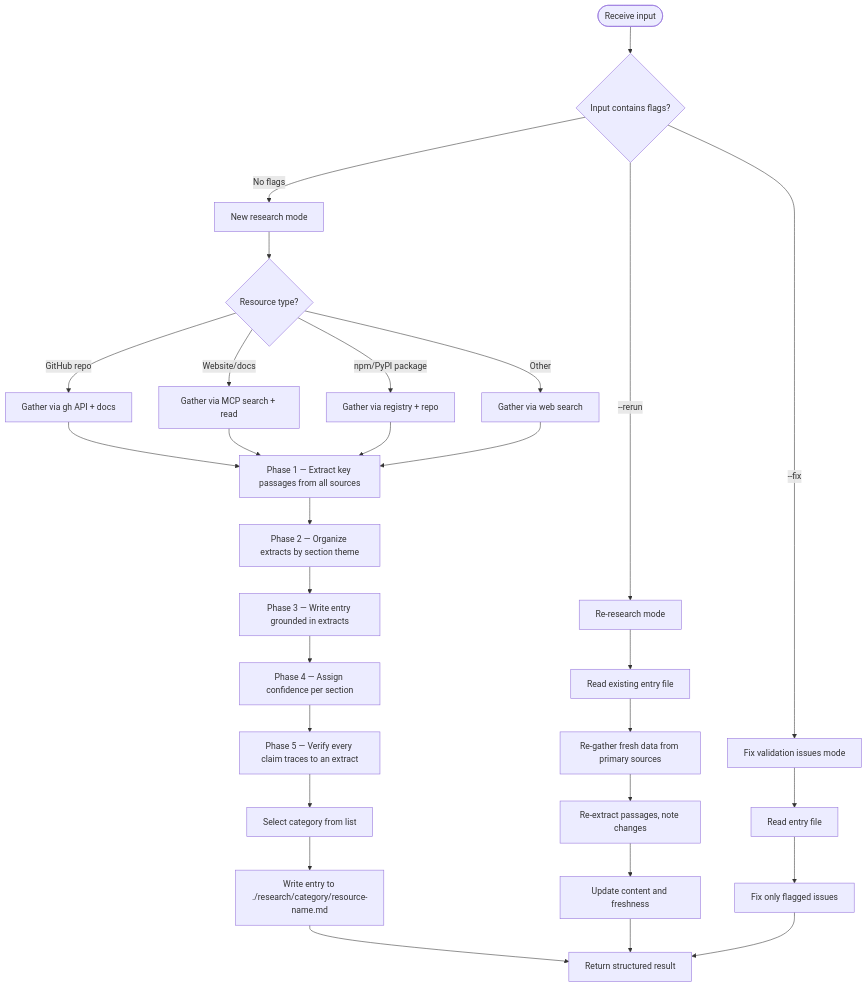
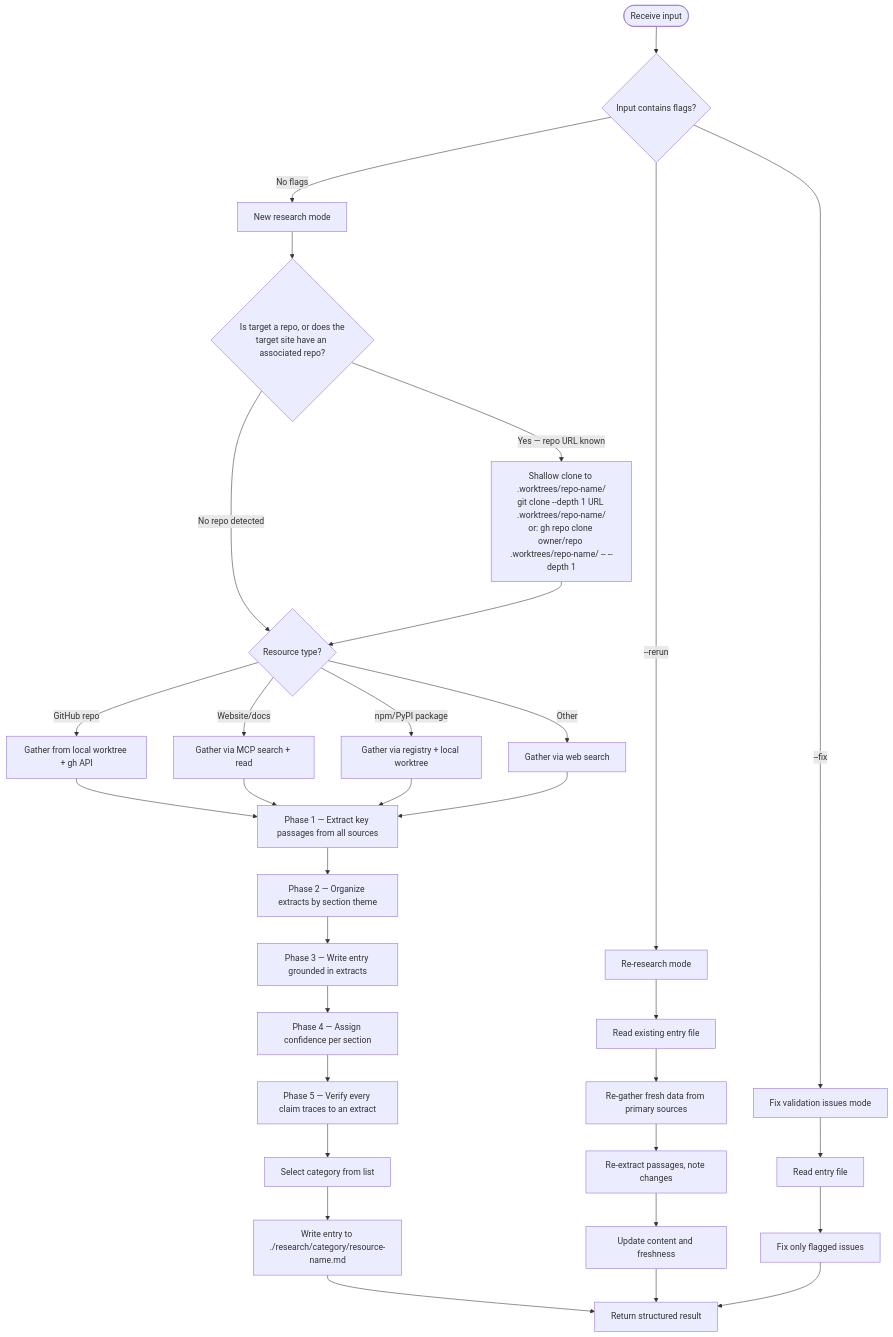
The first of 2 diagrams in .claude/agents/research-curator.md (chgreer1070/claude_skills), drawn with Mermaid before and after one commit. The commit also changed other lines of this file, not shown here.

First line of the commit message:
feat(research-curator): shallow clone repos to .worktrees/ before gathering data

````diff
--- a/.claude/agents/research-curator.md
+++ b/.claude/agents/research-curator.md
@@ -21,36 +21,40 @@
 ```mermaid
 flowchart TD
     Start([Receive input]) --> CheckFlags{Input contains flags?}
     CheckFlags -->|--rerun| Rerun[Re-research mode]
     CheckFlags -->|--fix| Fix[Fix validation issues mode]
     CheckFlags -->|No flags| New[New research mode]
 
-    New --> Identify{Resource type?}
-    Identify -->|GitHub repo| GH[Gather via gh API + docs]
+    New --> DetectRepo{Is target a repo, or does the<br>target site have an associated repo?}
+    DetectRepo -->|"Yes — repo URL known"| Clone["Shallow clone to .worktrees/repo-name/<br>git clone --depth 1 URL .worktrees/repo-name/<br>or: gh repo clone owner/repo .worktrees/repo-name/ -- --depth 1"]
+    DetectRepo -->|"No repo detected"| Identify{Resource type?}
+    Clone --> Identify{Resource type?}
+
+    Identify -->|GitHub repo| GH[Gather from local worktree + gh API]
     Identify -->|Website/docs| Web[Gather via MCP search + read]
-    Identify -->|npm/PyPI package| Pkg[Gather via registry + repo]
+    Identify -->|npm/PyPI package| Pkg[Gather via registry + local worktree]
     Identify -->|Other| Other[Gather via web search]
 
     GH --> Extract[Phase 1 — Extract key passages from all sources]
     Web --> Extract
     Pkg --> Extract
     Other --> Extract
 
     Extract --> Organize[Phase 2 — Organize extracts by section theme]
     Organize --> Write[Phase 3 — Write entry grounded in extracts]
     Write --> Confidence[Phase 4 — Assign confidence per section]
     Confidence --> Validate[Phase 5 — Verify every claim traces to an extract]
     Validate --> SelectCat[Select category from list]
     SelectCat --> WriteFile[Write entry to ./research/category/resource-name.md]
     WriteFile --> Return[Return structured result]
 
     Rerun --> ReadExisting[Read existing entry file]
     ReadExisting --> ReGather[Re-gather fresh data from primary sources]
     ReGather --> ReExtract[Re-extract passages, note changes]
     ReExtract --> UpdateEntry[Update content and freshness]
     UpdateEntry --> Return
 
     Fix --> ReadEntry[Read entry file]
     ReadEntry --> FixIssues[Fix only flagged issues]
     FixIssues --> Return
 ```
````
